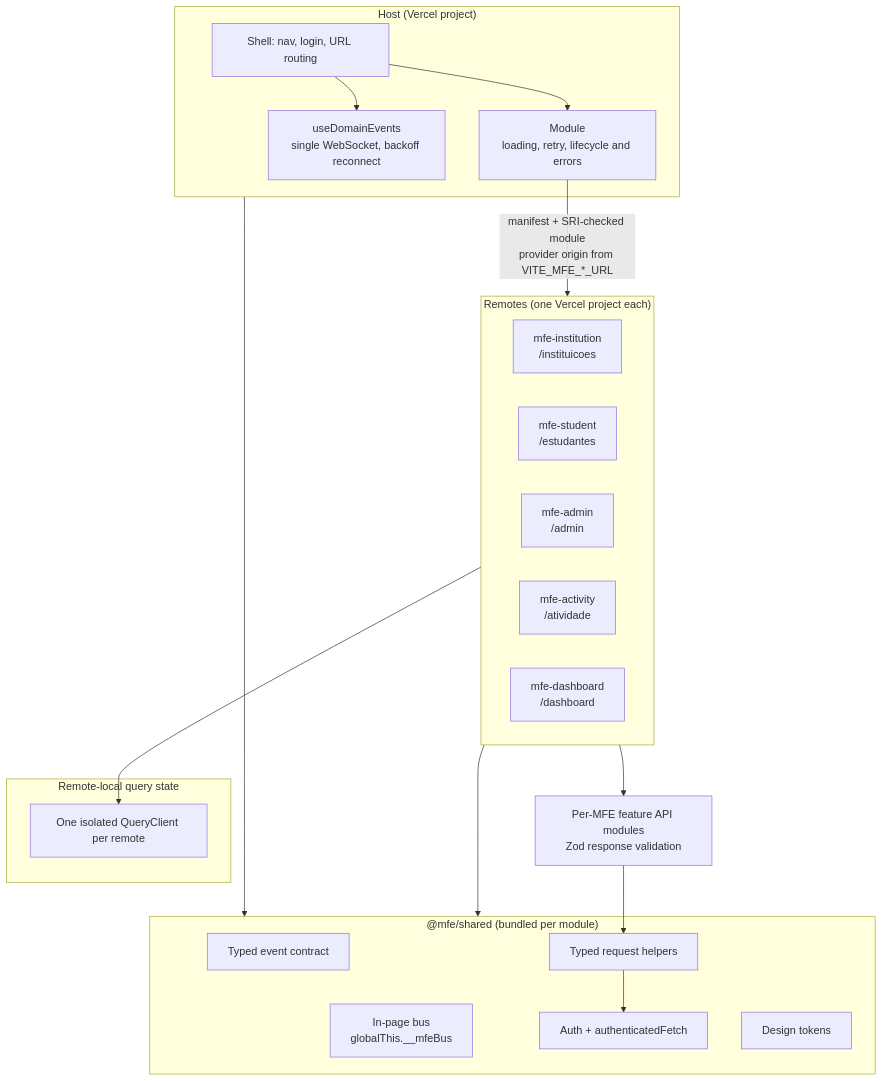
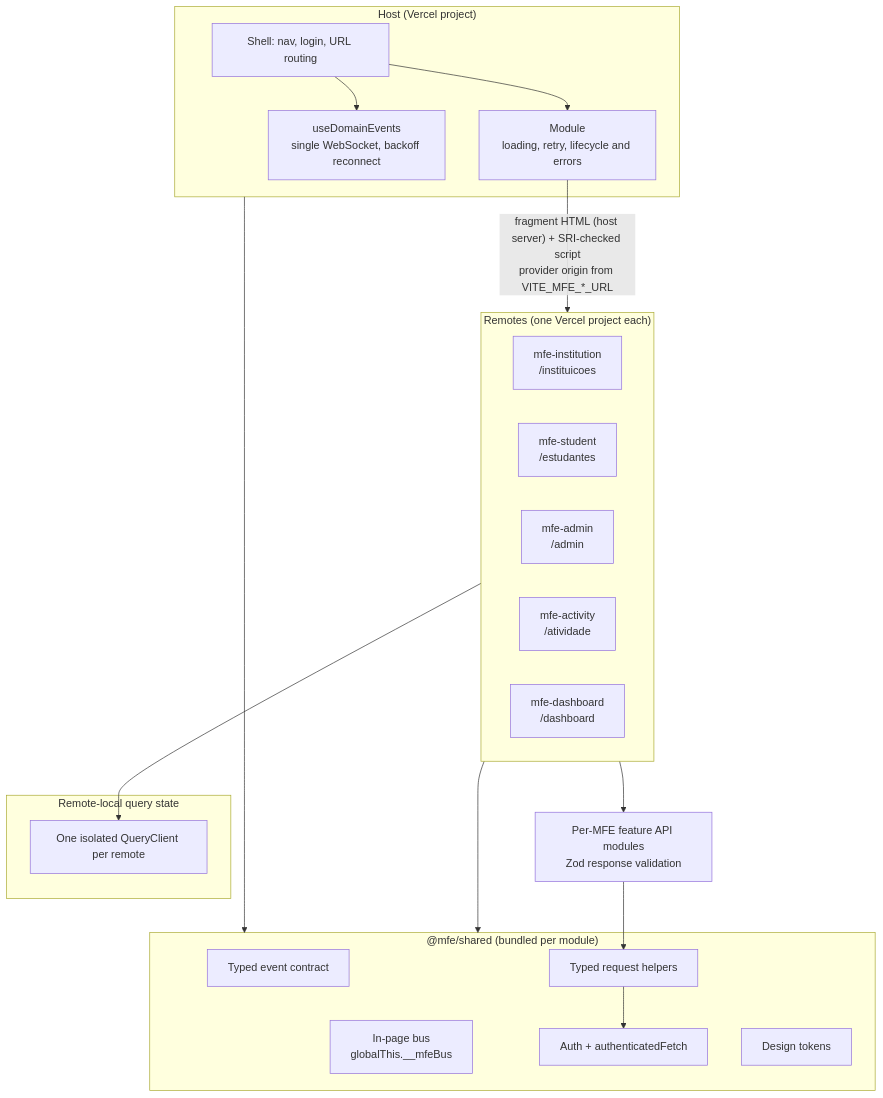
The second of 5 diagrams in docs/architecture.md (fidelis27/-mfe-communication-fragment), drawn with Mermaid before and after one commit. The commit also changed other lines of this file and 13 other files, not shown here.

````diff
--- a/docs/architecture.md
+++ b/docs/architecture.md
@@ -42,38 +43,38 @@
 ```mermaid
 flowchart TB
     subgraph host["Host (Vercel project)"]
         shell["Shell: nav, login, URL routing"]
         boundary["Module<br/>loading, retry, lifecycle and errors"]
         ws["useDomainEvents<br/>single WebSocket, backoff reconnect"]
         shell --> boundary
         shell --> ws
     end
 
     subgraph remotes["Remotes (one Vercel project each)"]
         inst["mfe-institution<br/>/instituicoes"]
         stud["mfe-student<br/>/estudantes"]
         adm["mfe-admin<br/>/admin"]
         act["mfe-activity<br/>/atividade"]
         dash["mfe-dashboard<br/>/dashboard"]
     end
 
     subgraph queryClients["Remote-local query state"]
             queries["One isolated QueryClient per remote"]
     end
 
     featureApi["Per-MFE feature API modules<br/>Zod response validation"]
 
     subgraph shared["@mfe/shared (bundled per module)"]
         contract["Typed event contract"]
         bus["In-page bus<br/>globalThis.__mfeBus"]
         requestApi["Typed request helpers"]
         authlib["Auth + authenticatedFetch"]
         tokens["Design tokens"]
     end
 
-    boundary -- "manifest + SRI-checked module<br/>provider origin from VITE_MFE_*_URL" --> remotes
+    boundary -- "fragment HTML (host server) + SRI-checked script<br/>provider origin from VITE_MFE_*_URL" --> remotes
     host --> shared
     remotes --> shared
     remotes --> featureApi --> requestApi --> authlib
     remotes --> queries
 ```
````
